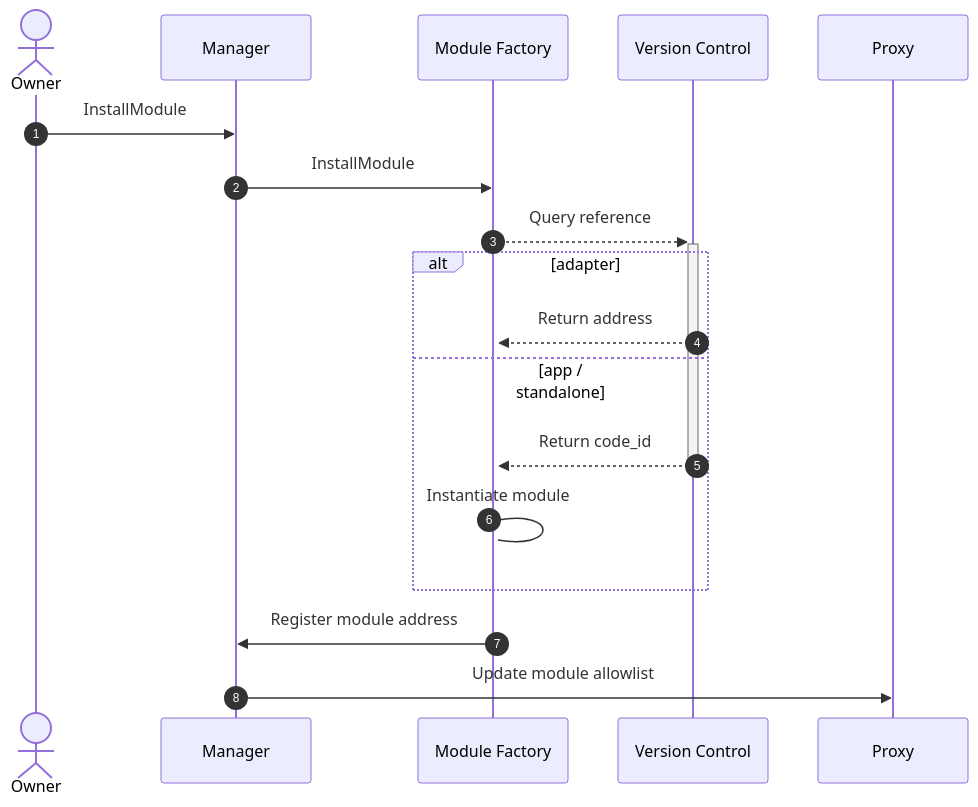
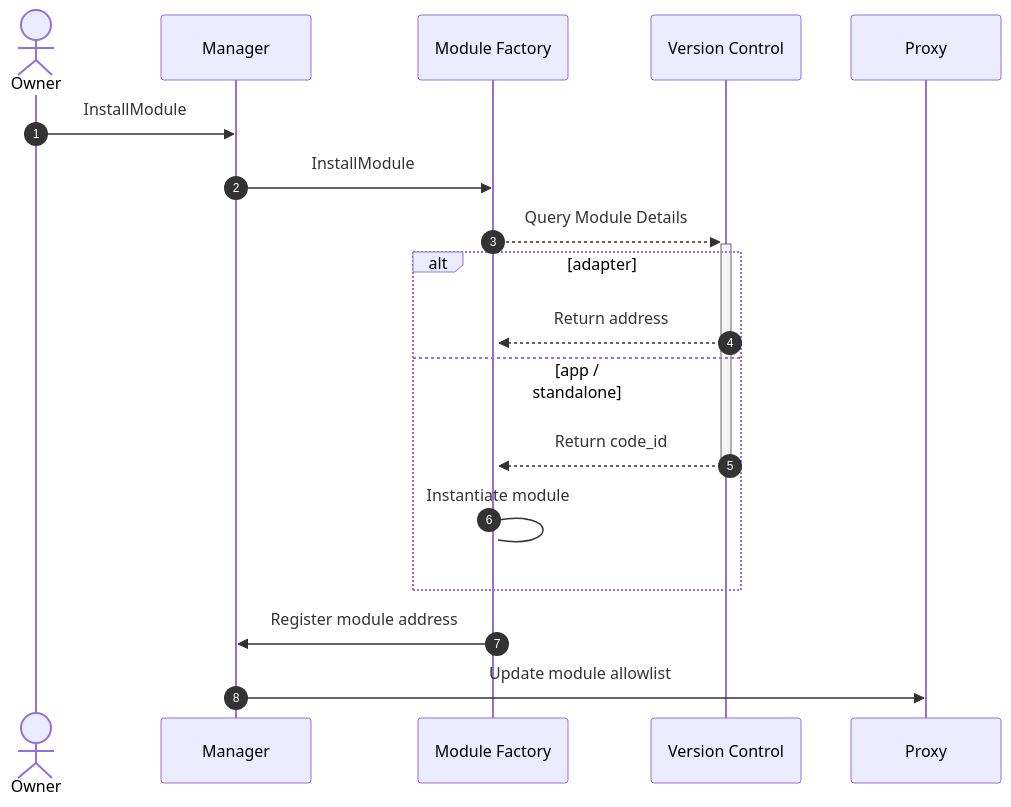
The second of 6 diagrams in framework/docs/src/3_framework/6_module_types.md (AbstractSDK/abstract), drawn with Mermaid before and after one commit. The commit also changed other lines of this file and 2 other files, not shown here.

Commit message:
update module types doc

````diff
--- a/framework/docs/src/3_framework/6_module_types.md
+++ b/framework/docs/src/3_framework/6_module_types.md
@@ -94,20 +93,20 @@
 ```mermaid
 sequenceDiagram
     autonumber
     actor U as Owner
     participant M as Manager
     participant MF as Module Factory
     participant VC as Version Control
     participant P as Proxy
     U ->> M: InstallModule
     M ->> MF: InstallModule
-    MF -->>+ VC: Query reference
+    MF -->>+ VC: Query Module Details
     alt adapter
         VC -->>+ MF: Return address
     else app / standalone
         VC -->>- MF: Return code_id
         MF -> MF: Instantiate module
     end
     MF ->> M: Register module address
     M ->> P: Update module allowlist
 ```
````
